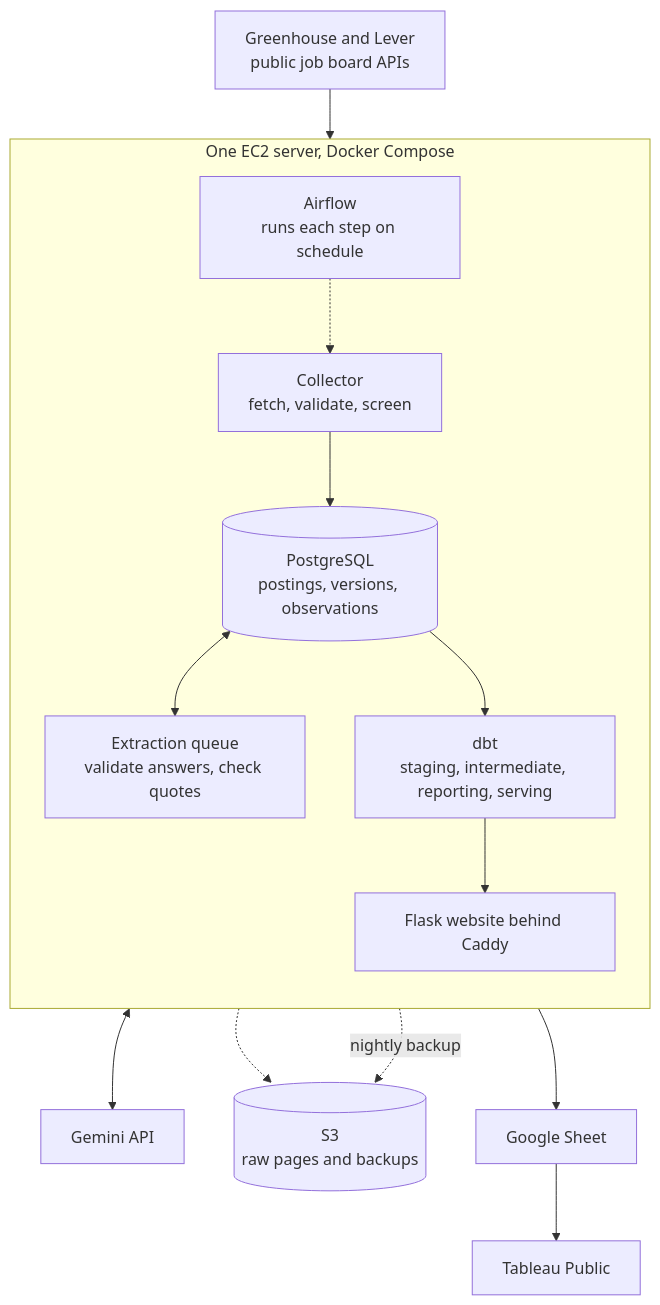
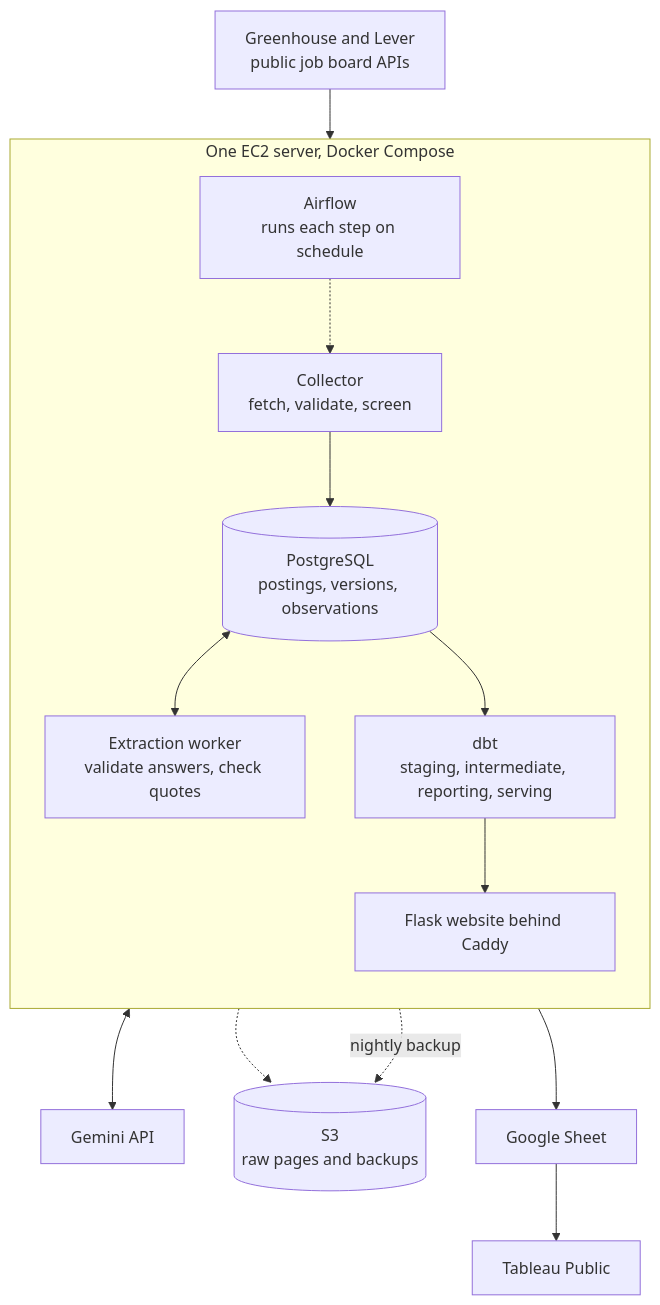
Before and after one commit to Niyog59/Job-Market-Intelligence: the diagram in docs/ARCHITECTURE.md, drawn with Mermaid. The commit also changed other lines of this file and 8 other files, not shown here.

First line of the commit message:
Document the extraction worker, its lanes, and the cutover

````diff
--- a/docs/ARCHITECTURE.md
+++ b/docs/ARCHITECTURE.md
@@ -8,29 +8,29 @@
 ```mermaid
 flowchart TB
     boards["Greenhouse and Lever<br/>public job board APIs"]
     subgraph ec2["One EC2 server, Docker Compose"]
         direction TB
         af["Airflow<br/>runs each step on schedule"]
         col["Collector<br/>fetch, validate, screen"]
         pg[("PostgreSQL<br/>postings, versions, observations")]
-        ex["Extraction queue<br/>validate answers, check quotes"]
+        ex["Extraction worker<br/>validate answers, check quotes"]
         dbt["dbt<br/>staging, intermediate, reporting, serving"]
         web["Flask website behind Caddy"]
     end
     gem["Gemini API"]
     s3[("S3<br/>raw pages and backups")]
     sheet["Google Sheet"]
     tab["Tableau Public"]
 
     boards --> col
     af -.-> col
     col --> pg
     col -.-> s3
     pg <--> ex
     ex <--> gem
     pg --> dbt
     dbt --> web
     dbt --> sheet
     sheet --> tab
     pg -. nightly backup .-> s3
 ```
````
